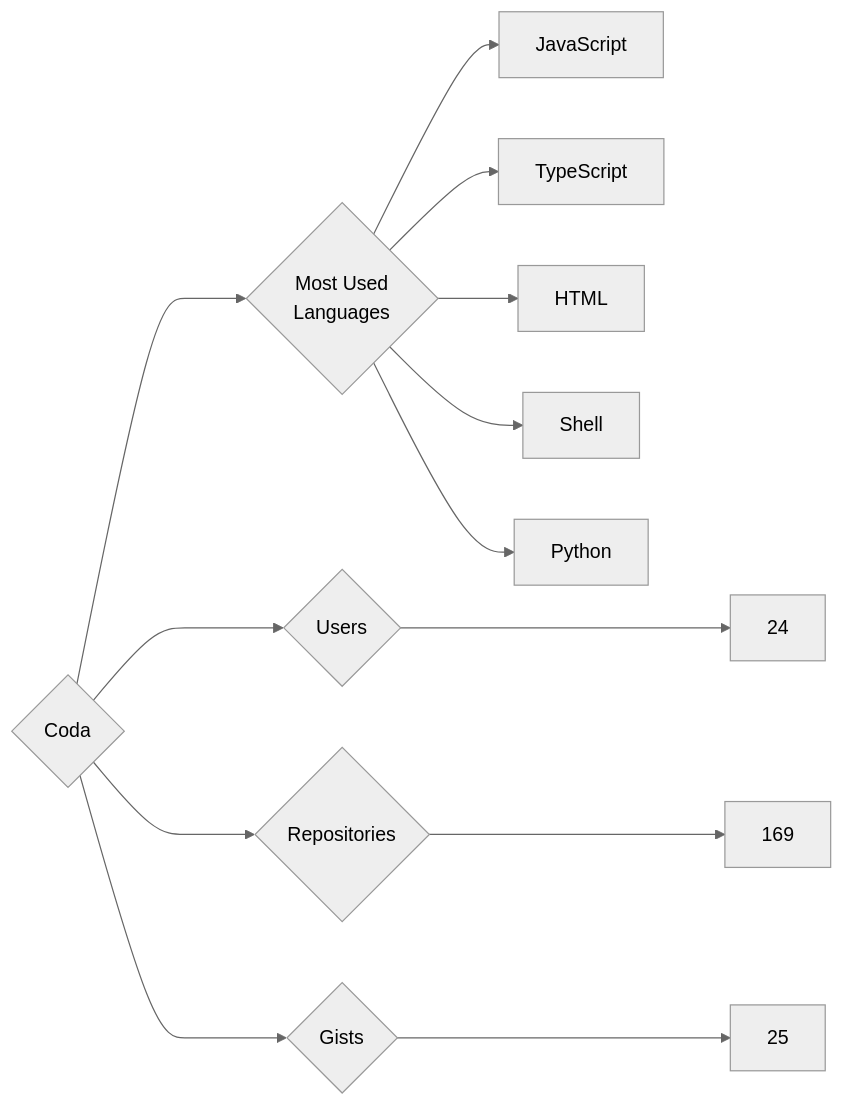
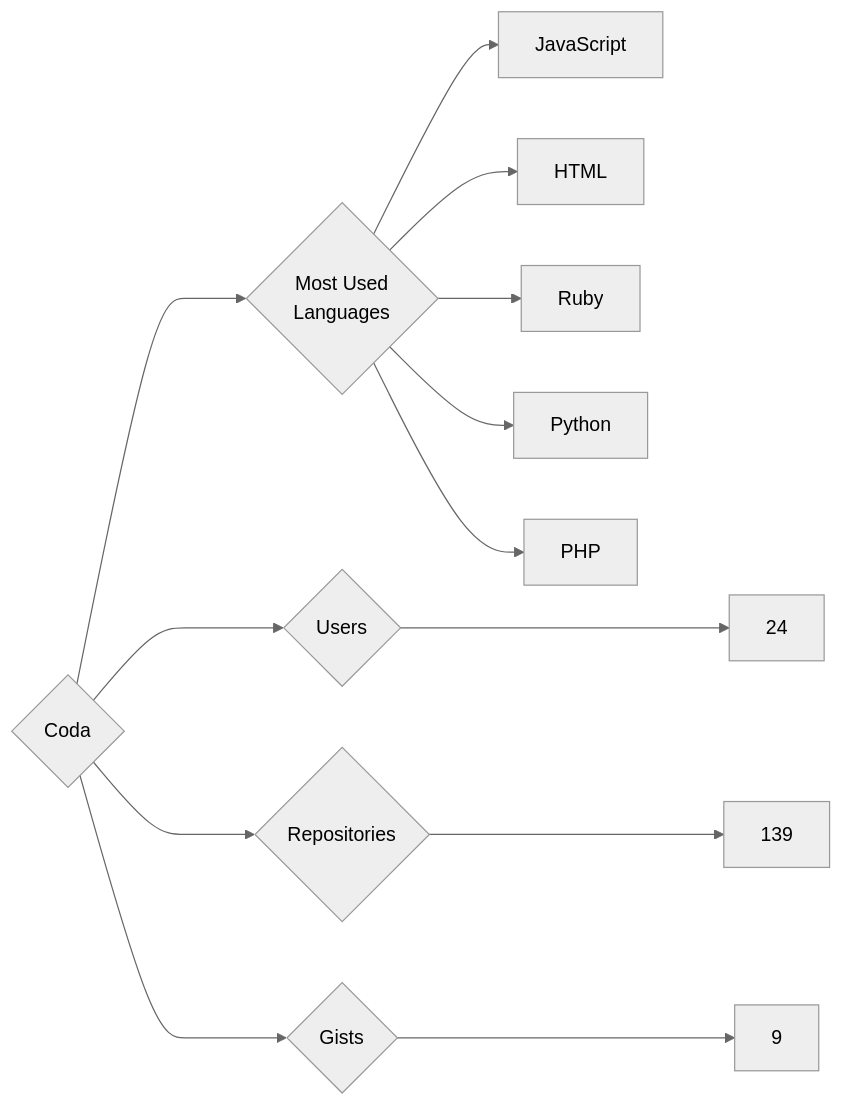
The diagram in targets/Coda/README.md (trickest/insiders), drawn with Mermaid (neutral theme) before and after one commit. The commit also changed 826 other files, not shown here.

````diff
--- a/targets/Coda/README.md
+++ b/targets/Coda/README.md
@@ -3,13 +3,13 @@
 ```mermaid
 graph LR
 COMPANY_NAME{Coda}
 COMPANY_NAME ---> U{Users} ---> UN[24]
-COMPANY_NAME ---> R{Repositories} ---> RN[169]
-COMPANY_NAME ---> G{Gists} ---> GN[25]
+COMPANY_NAME ---> R{Repositories} ---> RN[139]
+COMPANY_NAME ---> G{Gists} ---> GN[9]
 COMPANY_NAME ---> ML{Most Used<br>Languages}
 ML --> JavaScript[JavaScript]
-ML --> TypeScript[TypeScript]
 ML --> HTML[HTML]
-ML --> Shell[Shell]
+ML --> Ruby[Ruby]
 ML --> Python[Python]
+ML --> PHP[PHP]
 ```
````
